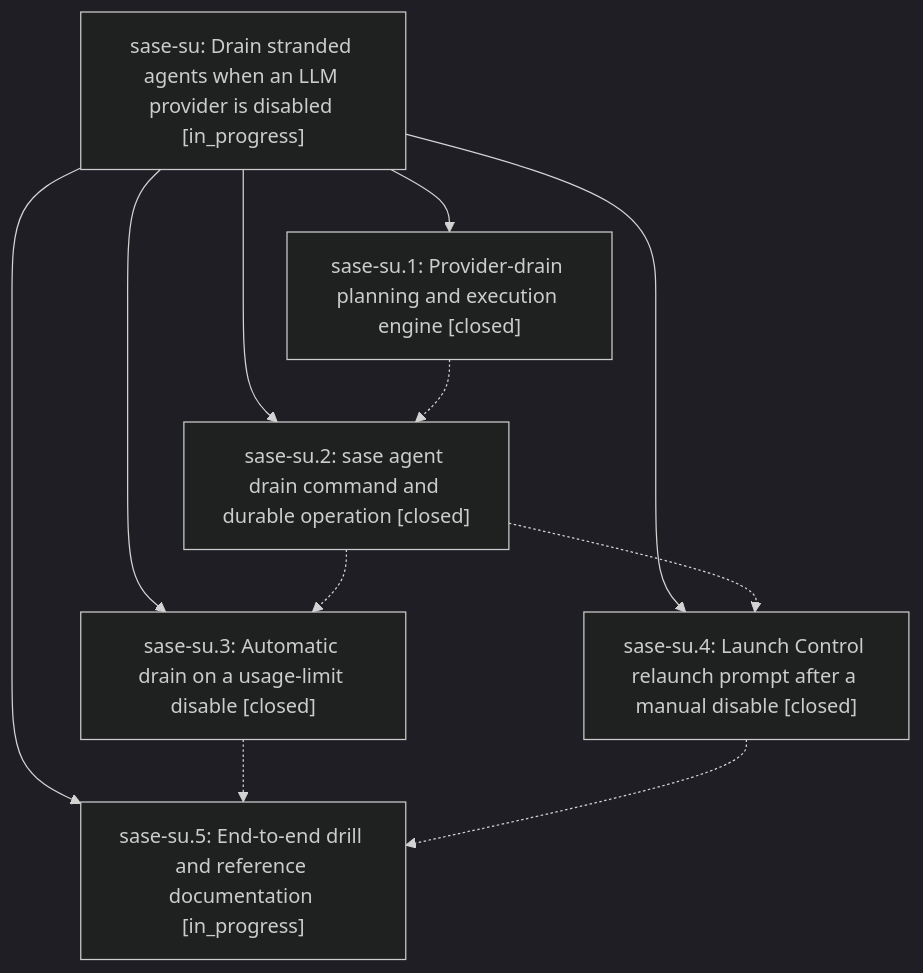
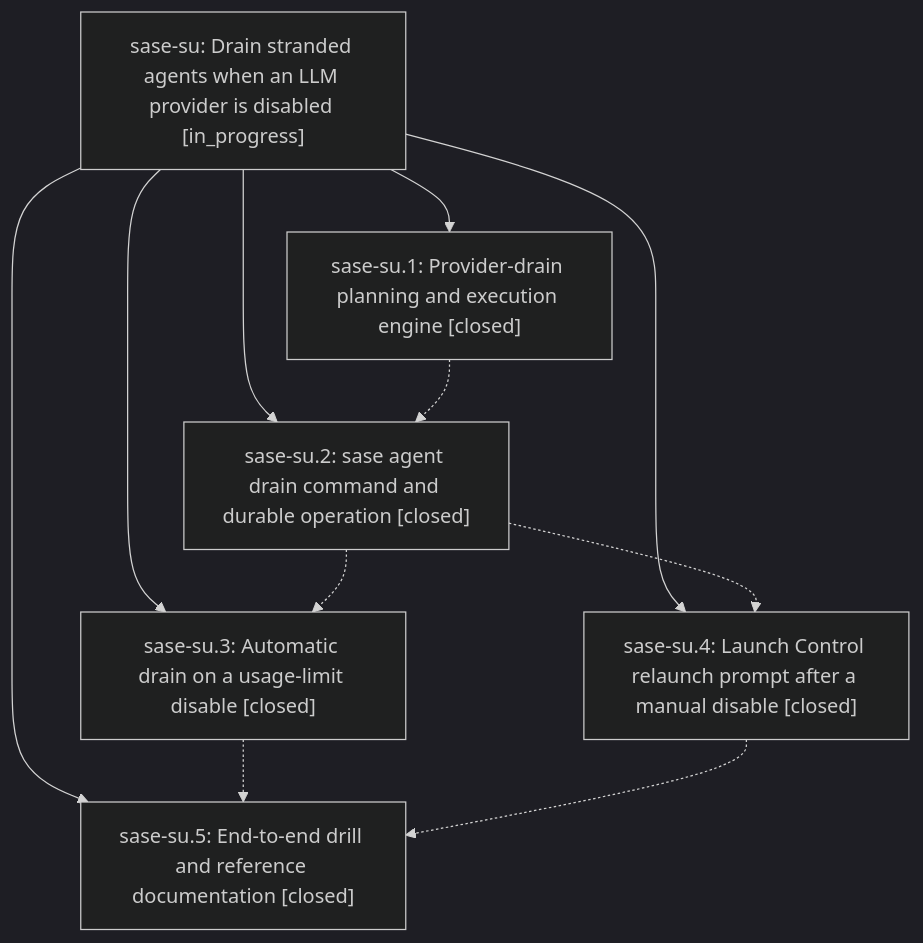
The diagram in pages/sase-su/README.md (sase-org/sase--beads), drawn with Mermaid (dark theme) before and after one commit. The commit also changed other lines of this file and 3 other files, not shown here.

````diff
--- a/pages/sase-su/README.md
+++ b/pages/sase-su/README.md
@@ -30,19 +30,19 @@
 ```mermaid
 flowchart TD
     n0["sase-su: Drain stranded agents when an LLM provider is disabled [in_progress]"]
     n1["sase-su.1: Provider-drain planning and execution engine [closed]"]
     n2["sase-su.2: sase agent drain command and durable operation [closed]"]
     n3["sase-su.3: Automatic drain on a usage-limit disable [closed]"]
     n4["sase-su.4: Launch Control relaunch prompt after a manual disable [closed]"]
-    n5["sase-su.5: End-to-end drill and reference documentation [in_progress]"]
+    n5["sase-su.5: End-to-end drill and reference documentation [closed]"]
     n0 --> n1
     n0 --> n2
     n0 --> n3
     n0 --> n4
     n0 --> n5
     n1 -.-> n2
     n2 -.-> n3
     n2 -.-> n4
     n3 -.-> n5
     n4 -.-> n5
 ```
````
